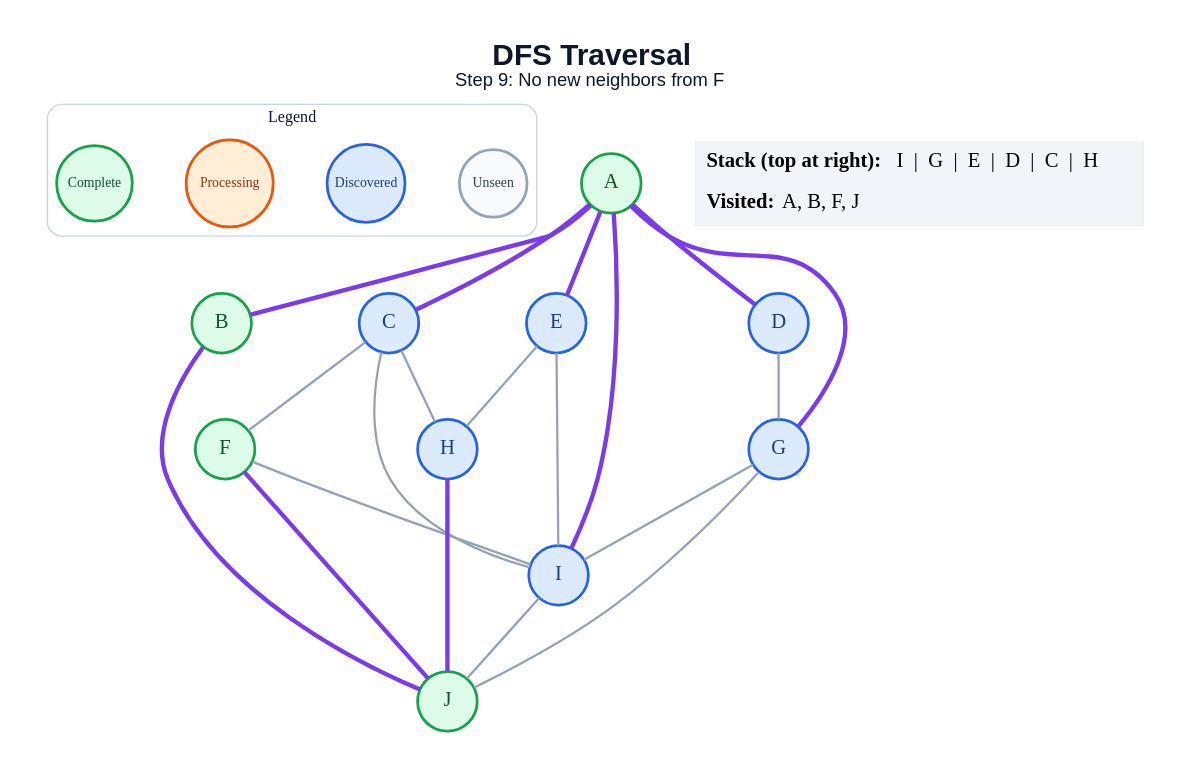
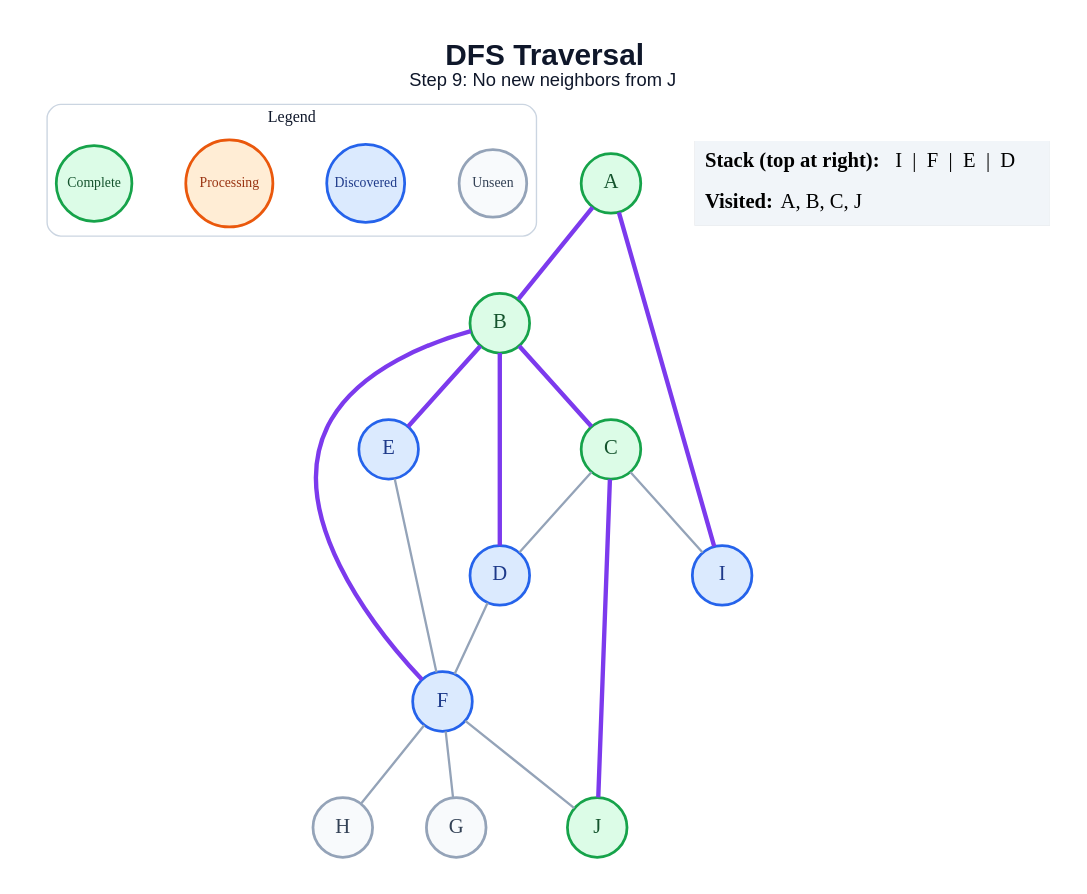
The diagram in generated/dfs/step_09.dot (anon7238593-create/ai-slop), drawn with Graphviz before and after one commit. The commit also changed 178 other files, not shown here.

```diff
--- a/generated/dfs/step_09.dot
+++ b/generated/dfs/step_09.dot
@@ -1,48 +1,43 @@
 graph traversal {
   graph [layout=dot, rankdir=TB, bgcolor="#FFFFFF", pad="0.35", nodesep="0.65", ranksep="0.8", fontname="Arial"];
   node [shape=circle, style="filled", fontname="Arial Bold", fontsize=18, width=0.72, fixedsize=true, penwidth=2.4];
   edge [color="#94A3B8", penwidth=2.0];
-  label=<<B>DFS Traversal</B><BR/><FONT POINT-SIZE="16">Step 9: No new neighbors from F</FONT>>; labelloc="t"; fontsize=26; fontname="Arial"; fontcolor="#0F172A";
+  label=<<B>DFS Traversal</B><BR/><FONT POINT-SIZE="16">Step 9: No new neighbors from J</FONT>>; labelloc="t"; fontsize=26; fontname="Arial"; fontcolor="#0F172A";
   subgraph cluster_legend { label="Legend"; color="#CBD5E1"; penwidth=1.2; style="rounded"; fontsize=14; fontname="Arial Bold";
     key_unseen [label="Unseen", fillcolor="#F8FAFC", color="#94A3B8", fontcolor="#334155", fontsize=12, width=0.82];
     key_frontier [label="Discovered", fillcolor="#DBEAFE", color="#2563EB", fontcolor="#1E3A8A", fontsize=12, width=0.95];
     key_current [label="Processing", fillcolor="#FFEDD5", color="#EA580C", fontcolor="#9A3412", fontsize=12, width=1.05];
     key_done [label="Complete", fillcolor="#DCFCE7", color="#16A34A", fontcolor="#14532D", fontsize=12, width=0.92];
     { rank=same; key_unseen; key_frontier; key_current; key_done; }
   }
   A [fillcolor="#DCFCE7", color="#16A34A", fontcolor="#14532D"];
   B [fillcolor="#DCFCE7", color="#16A34A", fontcolor="#14532D"];
-  C [fillcolor="#DBEAFE", color="#2563EB", fontcolor="#1E3A8A"];
+  C [fillcolor="#DCFCE7", color="#16A34A", fontcolor="#14532D"];
   D [fillcolor="#DBEAFE", color="#2563EB", fontcolor="#1E3A8A"];
   E [fillcolor="#DBEAFE", color="#2563EB", fontcolor="#1E3A8A"];
-  F [fillcolor="#DCFCE7", color="#16A34A", fontcolor="#14532D"];
-  G [fillcolor="#DBEAFE", color="#2563EB", fontcolor="#1E3A8A"];
-  H [fillcolor="#DBEAFE", color="#2563EB", fontcolor="#1E3A8A"];
+  F [fillcolor="#DBEAFE", color="#2563EB", fontcolor="#1E3A8A"];
+  G [fillcolor="#F8FAFC", color="#94A3B8", fontcolor="#334155"];
+  H [fillcolor="#F8FAFC", color="#94A3B8", fontcolor="#334155"];
   I [fillcolor="#DBEAFE", color="#2563EB", fontcolor="#1E3A8A"];
   J [fillcolor="#DCFCE7", color="#16A34A", fontcolor="#14532D"];
   A -- B [color="#7C3AED", penwidth=3.8];
-  A -- C [color="#7C3AED", penwidth=3.8];
-  A -- D [color="#7C3AED", penwidth=3.8];
-  A -- E [color="#7C3AED", penwidth=3.8];
-  A -- G [color="#7C3AED", penwidth=3.8];
   A -- I [color="#7C3AED", penwidth=3.8];
-  B -- J [color="#7C3AED", penwidth=3.8];
-  C -- F;
-  C -- H;
+  B -- C [color="#7C3AED", penwidth=3.8];
+  B -- D [color="#7C3AED", penwidth=3.8];
+  B -- E [color="#7C3AED", penwidth=3.8];
+  B -- F [color="#7C3AED", penwidth=3.8];
+  C -- D;
   C -- I;
-  D -- G;
-  E -- H;
-  E -- I;
-  F -- I;
-  F -- J [color="#7C3AED", penwidth=3.8];
-  G -- I;
-  G -- J;
-  H -- J [color="#7C3AED", penwidth=3.8];
-  I -- J;
+  C -- J [color="#7C3AED", penwidth=3.8];
+  D -- F;
+  E -- F;
+  F -- G;
+  F -- H;
+  F -- J;
   status [shape=plain, fixedsize=false, width=0, height=0, margin=0, label=<
     <TABLE BORDER="0" CELLBORDER="0" CELLPADDING="7" BGCOLOR="#F1F5F9">
-      <TR><TD ALIGN="LEFT"><B>Stack (top at right):</B> I  |  G  |  E  |  D  |  C  |  H</TD></TR>
-      <TR><TD ALIGN="LEFT"><B>Visited:</B> A, B, F, J</TD></TR>
+      <TR><TD ALIGN="LEFT"><B>Stack (top at right):</B> I  |  F  |  E  |  D</TD></TR>
+      <TR><TD ALIGN="LEFT"><B>Visited:</B> A, B, C, J</TD></TR>
     </TABLE>
   >];
 }
```
